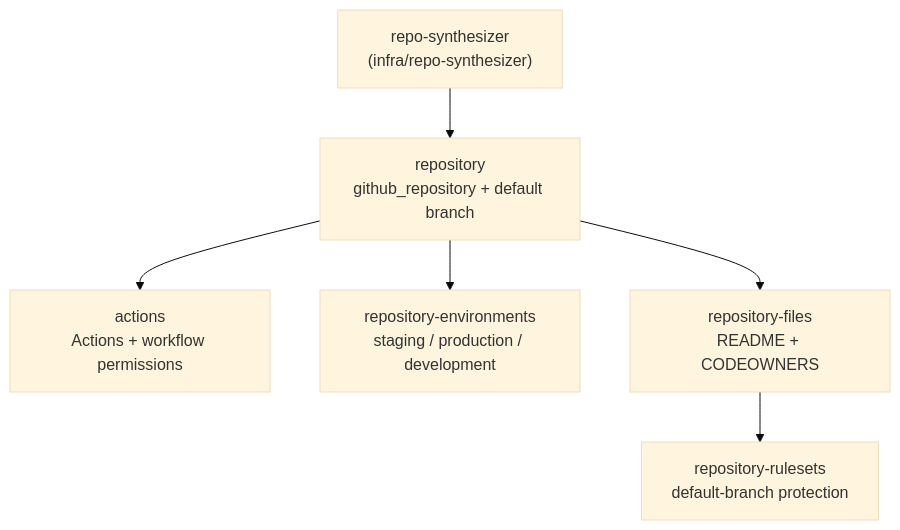
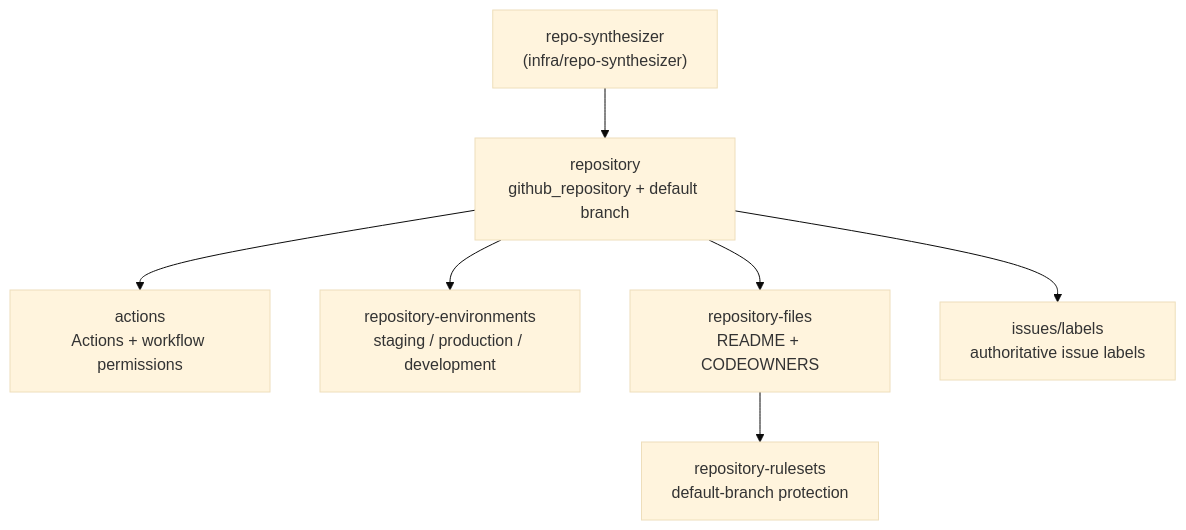
Before and after one commit to tspyder7/hub-mason-engine: the diagram in infra/github/repo-synthesizer/README.md, drawn with Mermaid (base theme). The commit also changed other lines of this file and 6 other files, not shown here.

First line of the commit message:
feat: add standardized issue labels (#11)

````diff
--- a/infra/github/repo-synthesizer/README.md
+++ b/infra/github/repo-synthesizer/README.md
@@ -20,8 +20,9 @@
 ```mermaid
 flowchart TD
     ROOT["repo-synthesizer<br/>(infra/repo-synthesizer)"] --> REPO["repository<br/>github_repository + default branch"]
     REPO --> ACT["actions<br/>Actions + workflow permissions"]
     REPO --> ENV["repository-environments<br/>staging / production / development"]
     REPO --> FILES["repository-files<br/>README + CODEOWNERS"]
+    REPO --> LABELS["issues/labels<br/>authoritative issue labels"]
     FILES --> RULES["repository-rulesets<br/>default-branch protection"]
 ```
````
